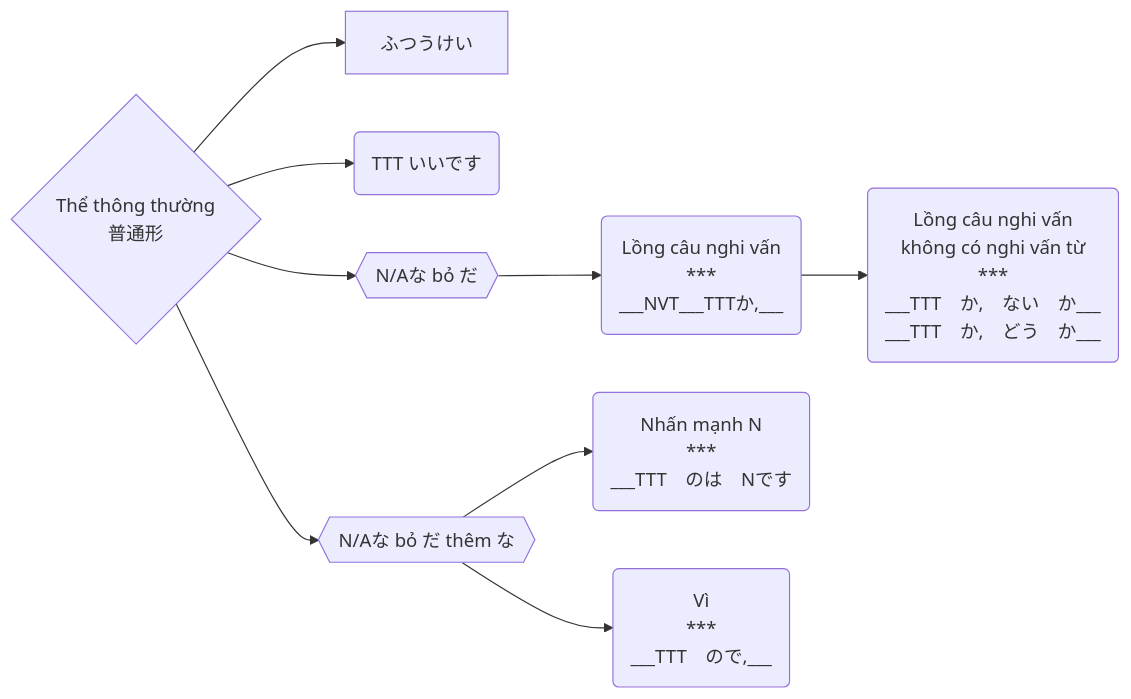
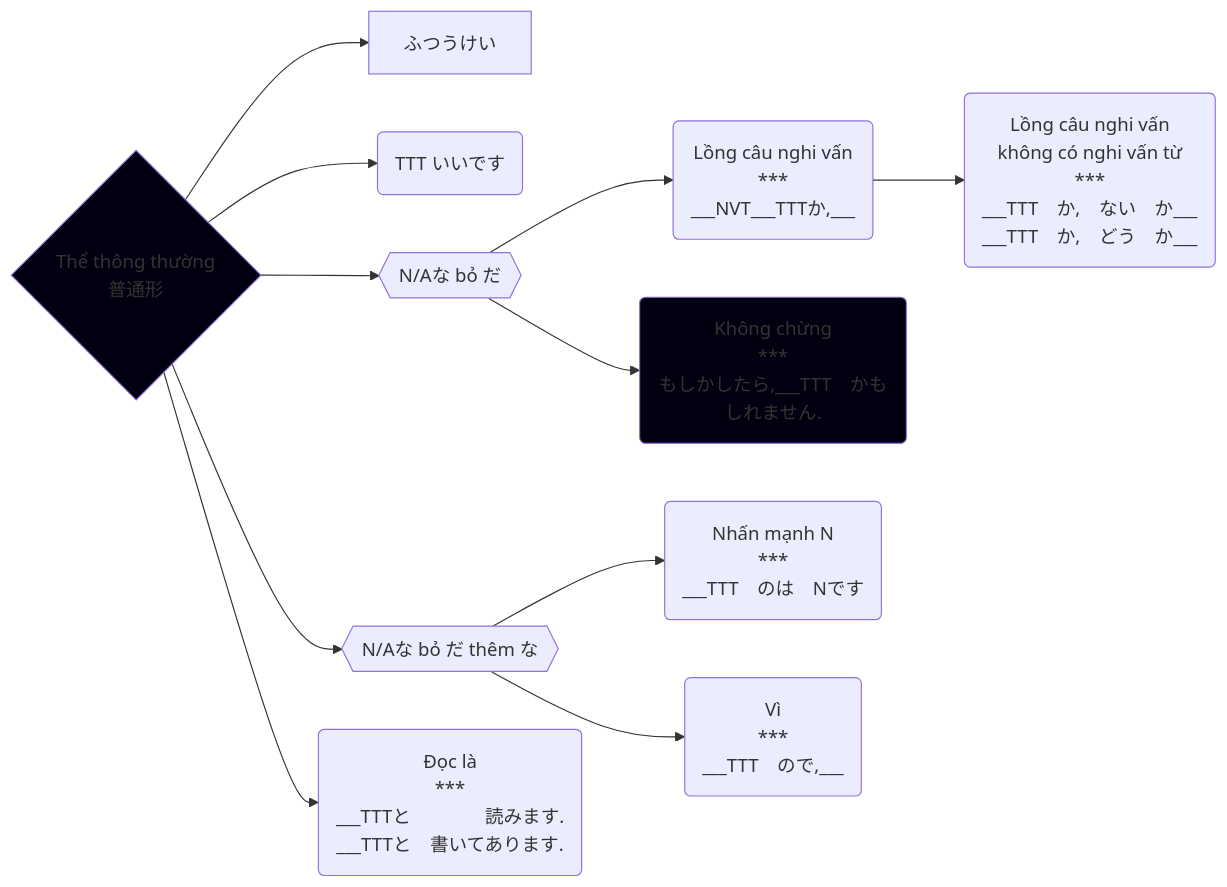
The diagram in The/普通形.md (tea1504/learn), drawn with Mermaid before and after one commit. The commit also changed 12 other files, not shown here.

````diff
--- a/The/普通形.md
+++ b/The/普通形.md
@@ -1,11 +1,16 @@
 ```mermaid
 graph LR;
     TTT{Thể thông thường\n普通形}-->ふつうけい
     TTT-->nen(TTT いいです)
     TTT-->boDa{{N/Aな bỏ だ}}
     boDa-->longCauNghiVan(Lồng câu nghi vấn\n***\n___NVT___TTTか,___)
-    -->longCauNghiVan2(Lồng câu nghi vấn\n không có nghi vấn từ\n***\n___TTT　か,　ない　か___\n___TTT　か,　どう　か___)
+    longCauNghiVan-->longCauNghiVan2(Lồng câu nghi vấn\n không có nghi vấn từ\n***\n___TTT　か,　ない　か___\n___TTT　か,　どう　か___)
+    boDa-->khongChung(Không chừng\n***\nもしかしたら,___TTT　かもしれません.)
     TTT-->boDaThemNa{{N/Aな bỏ だ thêm な}}
     boDaThemNa-->nhanManhN(Nhấn mạnh N\n***\n___TTT　のは　Nです)
     boDaThemNa-->vi(Vì\n***\n___TTT　ので,___)
+    TTT-->docLaVietLa(Đọc là\n***\n___TTTと　　　　読みます.\n___TTTと　書いてあります.)
+
+    style TTT fill:#001
+    style khongChung fill:#001
 ```
````
